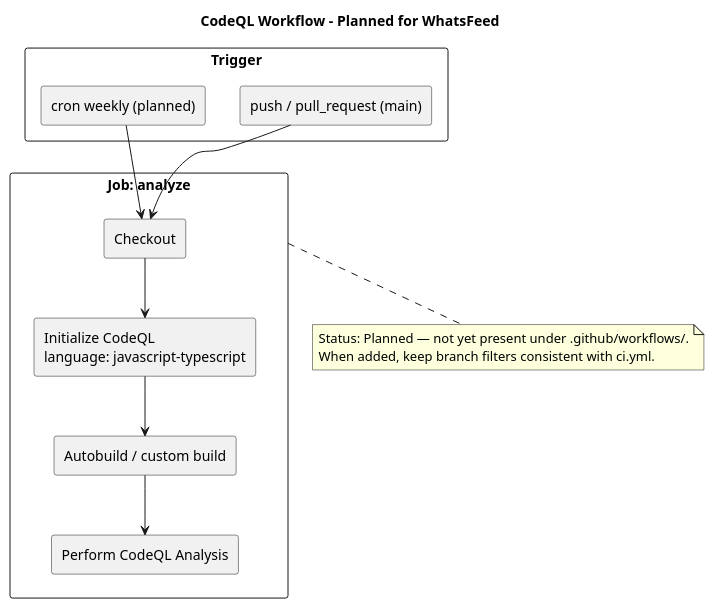
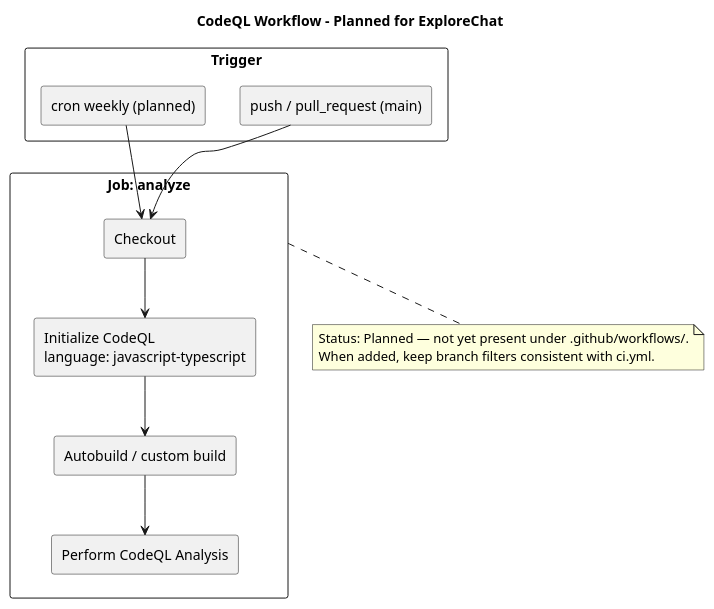
One commit to felixzhu97/explore-chat changed the diagram in docs/developer/cicd/cicd-codeql.puml. Above: the diagram before and after it, drawn with PlantUML. The commit also changed 16 other files, not shown here.

First line of the commit message:
Rename project branding to ExploreChat / explore-chat (#31)

```diff
--- a/docs/developer/cicd/cicd-codeql.puml
+++ b/docs/developer/cicd/cicd-codeql.puml
@@ -1,30 +1,30 @@
 @startuml cicd-codeql
 skinparam packageStyle rectangle
 skinparam shadowing false
 
-title CodeQL Workflow - Planned for WhatsFeed
+title CodeQL Workflow - Planned for ExploreChat
 
 rectangle "Trigger" as T {
   rectangle "push / pull_request (main)" as T1
   rectangle "cron weekly (planned)" as T2
 }
 
 rectangle "Job: analyze" as J {
   rectangle "Checkout" as S1
   rectangle "Initialize CodeQL\nlanguage: javascript-typescript" as S2
   rectangle "Autobuild / custom build" as S3
   rectangle "Perform CodeQL Analysis" as S4
 }
 
 T1 --> S1
 T2 --> S1
 S1 --> S2
 S2 --> S3
 S3 --> S4
 
 note bottom of J
   Status: Planned — not yet present under .github/workflows/.
   When added, keep branch filters consistent with ci.yml.
 end note
 
 @enduml
```
